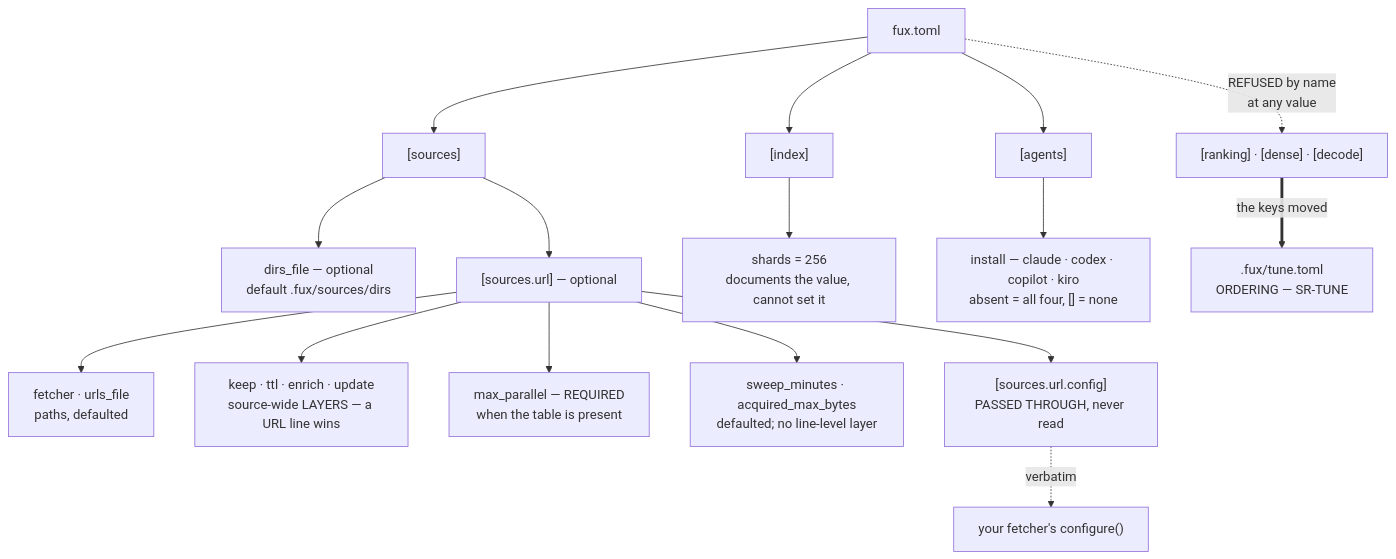
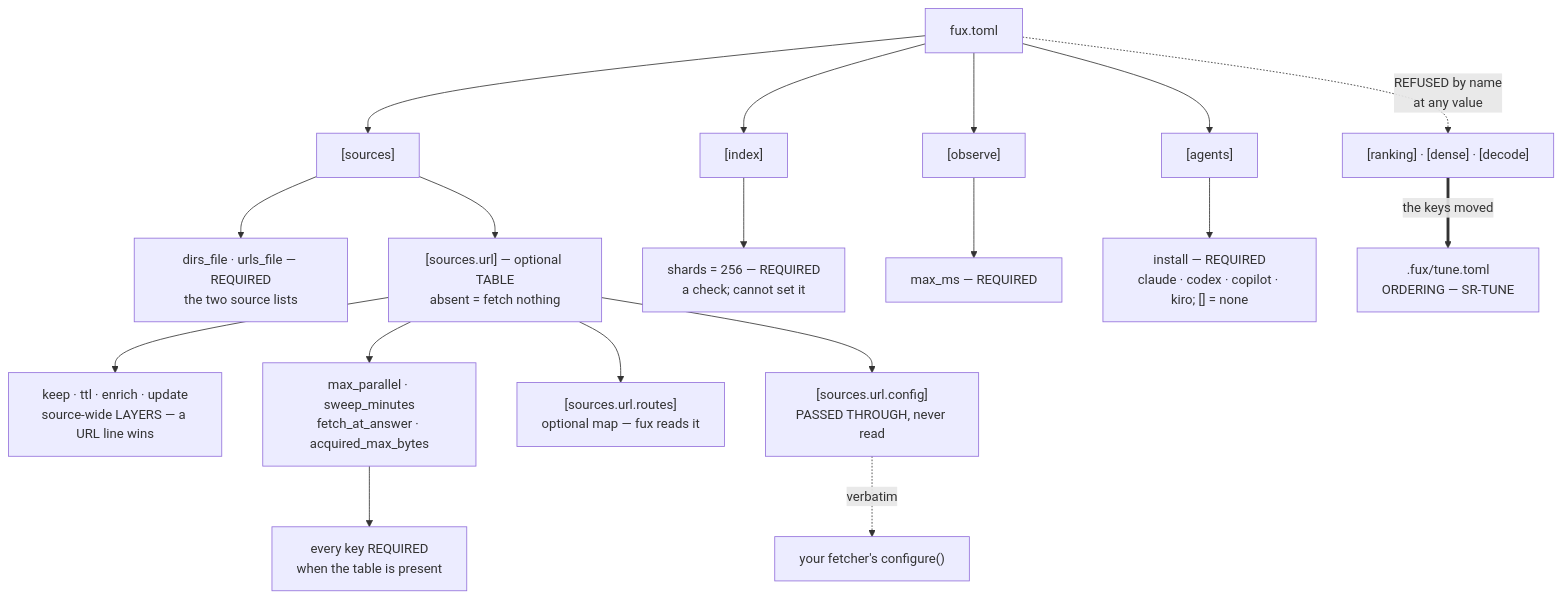
One commit to arpitarya/fux changed the diagram in records/0113_config.md. Above: the diagram before and after it, drawn with Mermaid. The commit also changed other lines of this file and 71 other files, not shown here.

````diff
--- a/records/0113_config.md
+++ b/records/0113_config.md
@@ -56,18 +62,20 @@
 ```mermaid
 flowchart TD
     F["fux.toml"] --> S["[sources]"]
-    S --> D["dirs_file — optional<br/>default .fux/sources/dirs"]
-    S --> U["[sources.url] — optional"]
-    U --> M["fetcher · urls_file<br/>paths, defaulted"]
+    S --> D["dirs_file · urls_file — REQUIRED<br/>the two source lists"]
+    S --> U["[sources.url] — optional TABLE<br/>absent = fetch nothing"]
     U --> ME["keep · ttl · enrich · update<br/>source-wide LAYERS — a URL line wins"]
-    U --> MP["max_parallel — REQUIRED<br/>when the table is present"]
-    U --> SW["sweep_minutes · acquired_max_bytes<br/>defaulted; no line-level layer"]
+    U --> MP["max_parallel · sweep_minutes<br/>fetch_at_answer · acquired_max_bytes"]
+    MP --> RQ["every key REQUIRED<br/>when the table is present"]
+    U --> RO["[sources.url.routes]<br/>optional map — fux reads it"]
     U --> CF["[sources.url.config]<br/>PASSED THROUGH, never read"]
     F --> I["[index]"]
-    I --> SH["shards = 256<br/>documents the value, cannot set it"]
+    I --> SH["shards = 256 — REQUIRED<br/>a check; cannot set it"]
+    F --> OB["[observe]"]
+    OB --> OM["max_ms — REQUIRED"]
     F --> AG["[agents]"]
-    AG --> AI["install — claude · codex · copilot · kiro<br/>absent = all four, [] = none"]
+    AG --> AI["install — REQUIRED<br/>claude · codex · copilot · kiro; [] = none"]
     F -.->|"REFUSED by name<br/>at any value"| RT["[ranking] · [dense] · [decode]"]
     RT ==>|"the keys moved"| TU[".fux/tune.toml<br/>ORDERING — SR-TUNE"]
     CF -.->|"verbatim"| MW["your fetcher's configure()"]
 ```
````
